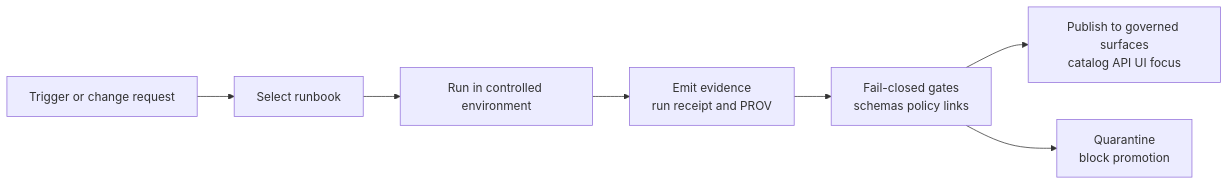
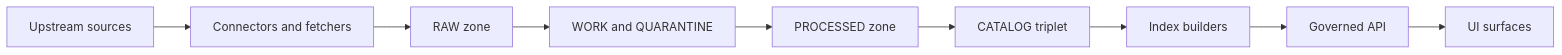
One commit to bartytime4life/Kansas-Frontier-Matrix changed the diagram in docs/runbooks/README.md. Above: the diagram before and after it, drawn with Mermaid. The commit also changed other lines of this file, not shown here.

First line of the commit message:
Revise README for runbook updates and governance

````diff
--- a/docs/runbooks/README.md
+++ b/docs/runbooks/README.md
@@ -373,9 +111,11 @@
 ```mermaid
 flowchart LR
-  A[Trigger or change request] --> B[Select runbook]
-  B --> C[Run in controlled environment]
-  C --> D[Emit evidence\nrun receipt and PROV]
-  D --> E[Fail-closed gates\nschemas policy links]
-  E --> F[Publish to governed surfaces\ncatalog API UI focus]
-  E --> G[Quarantine\nblock promotion]
+  U[Upstream sources] --> C[Connectors and fetchers]
+  C --> R[RAW zone]
+  R --> W[WORK and QUARANTINE]
+  W --> P[PROCESSED zone]
+  P --> T[CATALOG triplet]
+  T --> X[Index builders]
+  X --> A[Governed API]
+  A --> S[UI surfaces]
 ```
````
